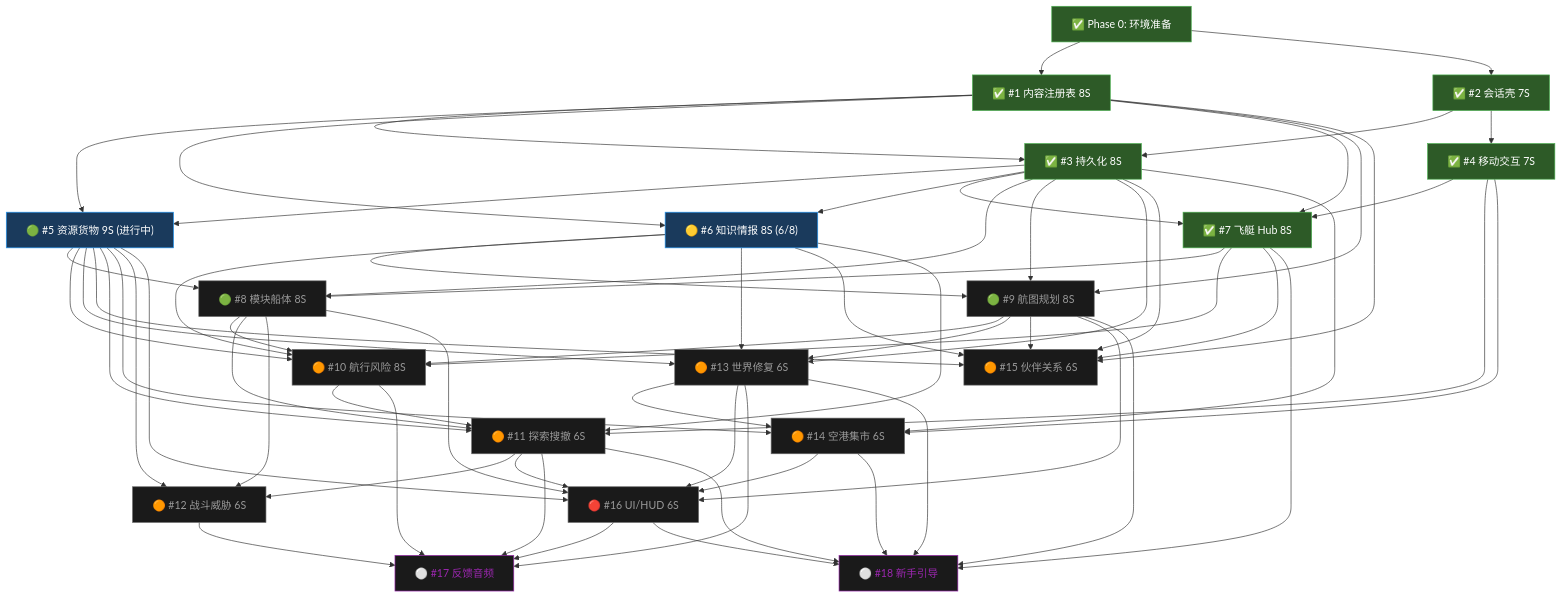
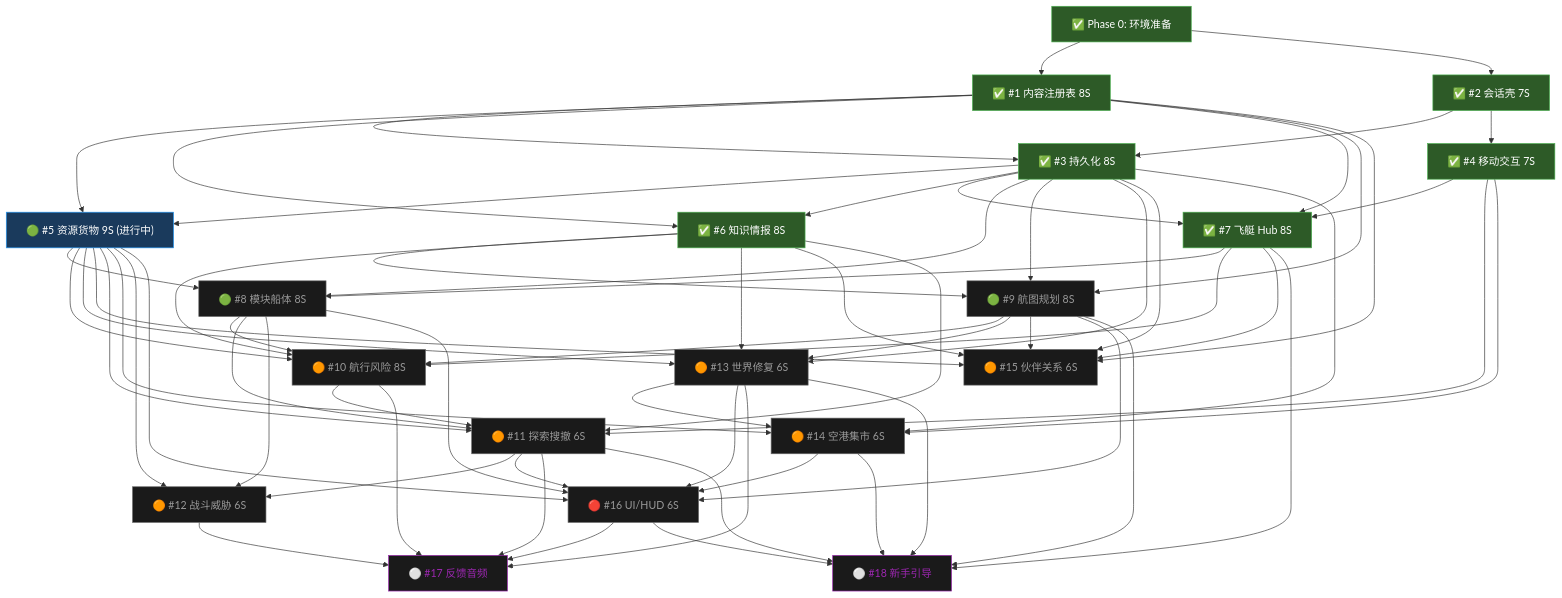
One commit to lieinsay/Claude-Code-Game-Studios changed the second of 3 diagrams in docs/reference/production-flowchart.md. Above: the diagram before and after it, drawn with Mermaid. The commit also changed other lines of this file and 11 other files, not shown here.

```diff
--- a/docs/reference/production-flowchart.md
+++ b/docs/reference/production-flowchart.md
@@ -74,7 +74,7 @@
     S4["✅ #4 移动交互 7S"]:::done
 
     S5["🟢 #5 资源货物 9S (进行中)"]:::active
-    S6["🟡 #6 知识情报 8S (6/8)"]:::active
+    S6["✅ #6 知识情报 8S"]:::done
     S7["✅ #7 飞艇 Hub 8S"]:::done
 
     S8["🟢 #8 模块船体 8S"]:::future
```
